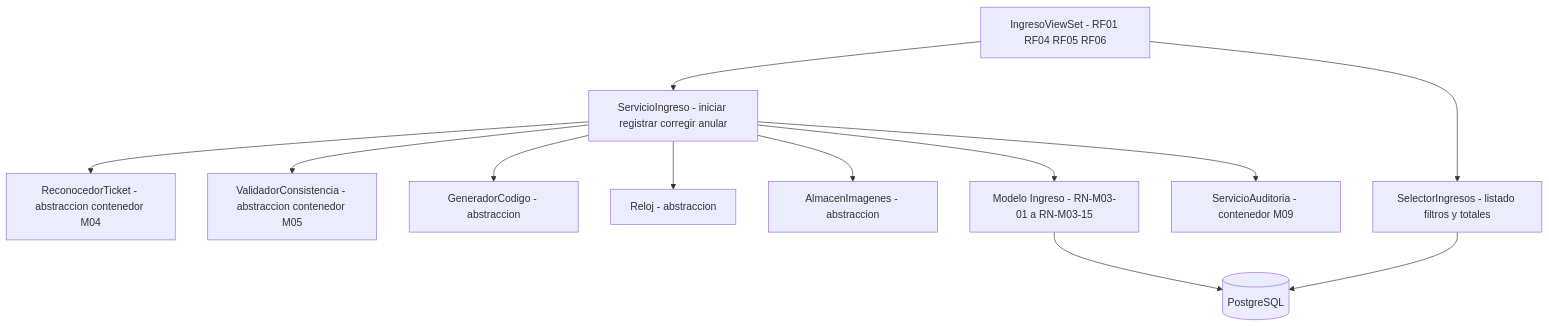
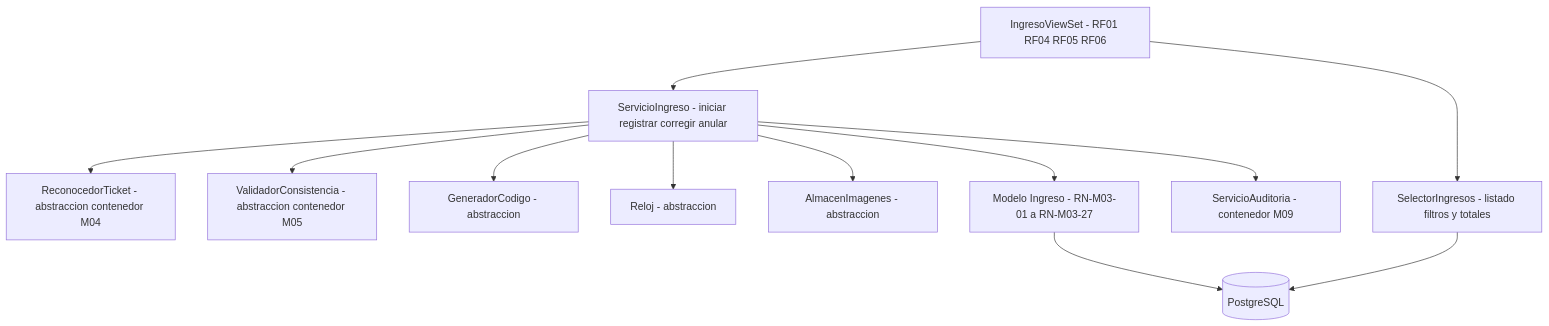
One commit to adlerOmonte1/LogisticaMinera changed the fourth of 7 diagrams in docs/model-c4/ARQ-03_Modelo_C4.md. Above: the diagram before and after it, drawn with Mermaid. The commit also changed other lines of this file and 2 other files, not shown here.

````diff
--- a/docs/model-c4/ARQ-03_Modelo_C4.md
+++ b/docs/model-c4/ARQ-03_Modelo_C4.md
@@ -199,26 +202,26 @@
 ```mermaid
 flowchart TB
     VIS["IngresoViewSet - RF01 RF04 RF05 RF06"]
     SRV["ServicioIngreso - iniciar registrar corregir anular"]
     REC["ReconocedorTicket - abstraccion contenedor M04"]
     VAL["ValidadorConsistencia - abstraccion contenedor M05"]
     GEN["GeneradorCodigo - abstraccion"]
     REL["Reloj - abstraccion"]
     IMG["AlmacenImagenes - abstraccion"]
-    MOD["Modelo Ingreso - RN-M03-01 a RN-M03-15"]
+    MOD["Modelo Ingreso - RN-M03-01 a RN-M03-27"]
     SEL["SelectorIngresos - listado filtros y totales"]
     AUD["ServicioAuditoria - contenedor M09"]
     DB[("PostgreSQL")]
 
     VIS --> SRV
     VIS --> SEL
     SRV --> REC
     SRV --> VAL
     SRV --> GEN
     SRV --> REL
     SRV --> IMG
     SRV --> MOD
     SRV --> AUD
     MOD --> DB
     SEL --> DB
 ```
````
